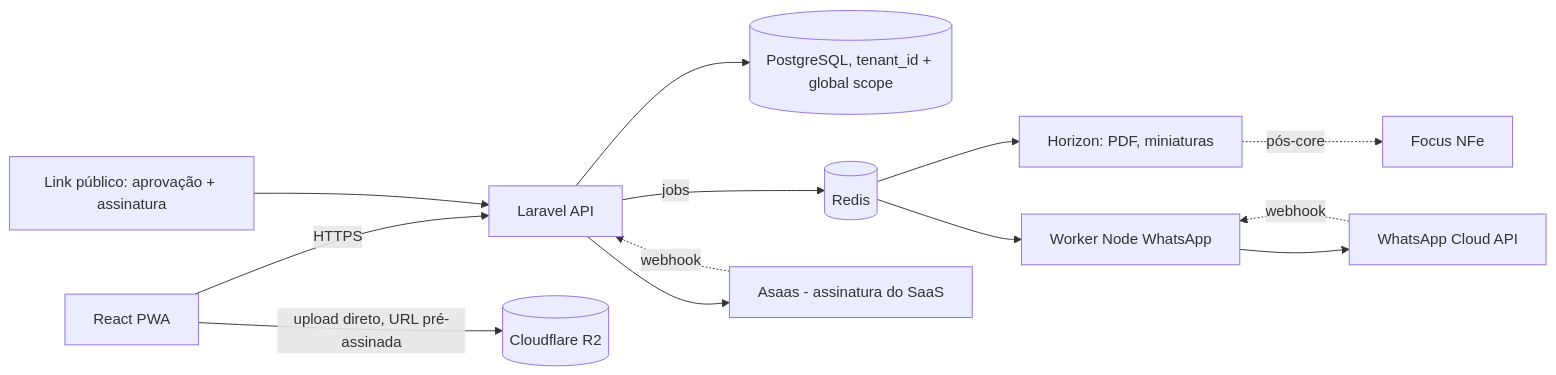
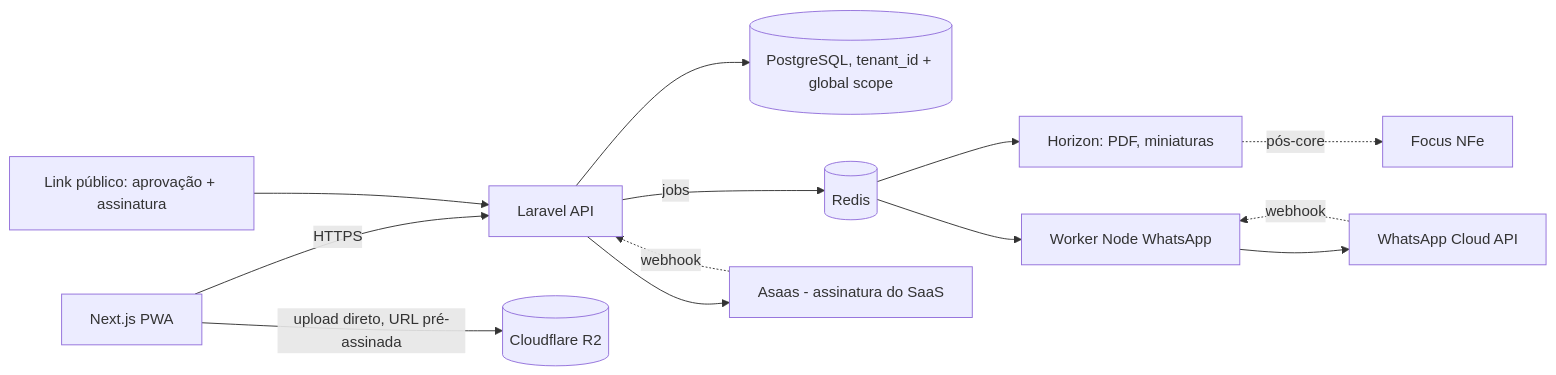
Before and after one commit to vslongo/prumo: the first of 4 diagrams in docs/architecture.md, drawn with Mermaid. The commit also changed other lines of this file and 209 other files, not shown here.

````diff
--- a/docs/architecture.md
+++ b/docs/architecture.md
@@ -8,15 +8,15 @@
 ```mermaid
 flowchart LR
-  PWA[React PWA] -->|HTTPS| API[Laravel API]
+  PWA[Next.js PWA] -->|HTTPS| API[Laravel API]
   PWA -->|upload direto, URL pré-assinada| R2[(Cloudflare R2)]
   PUB[Link público: aprovação + assinatura] --> API
   API --> PG[(PostgreSQL, tenant_id + global scope)]
   API -->|jobs| RD[(Redis)]
   RD --> HZ[Horizon: PDF, miniaturas]
   RD --> WK[Worker Node WhatsApp]
   WK --> META[WhatsApp Cloud API]
   META -. webhook .-> WK
   API --> ASAAS[Asaas - assinatura do SaaS]
   ASAAS -. webhook .-> API
   HZ -.pós-core.-> FOCUS[Focus NFe]
 ```
````
